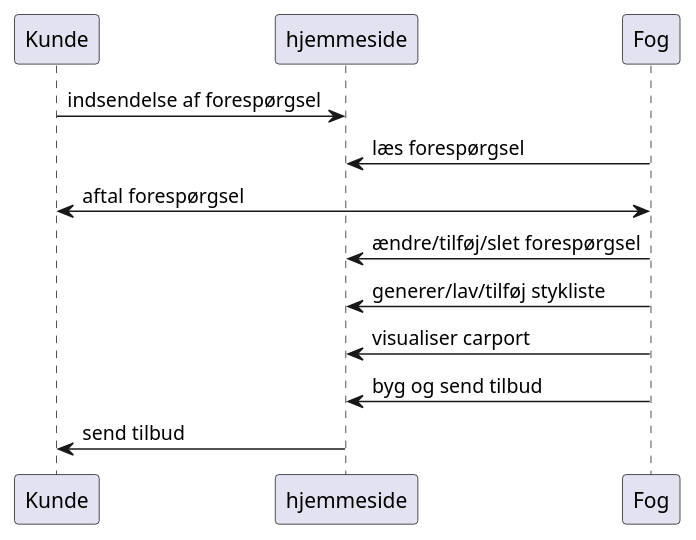
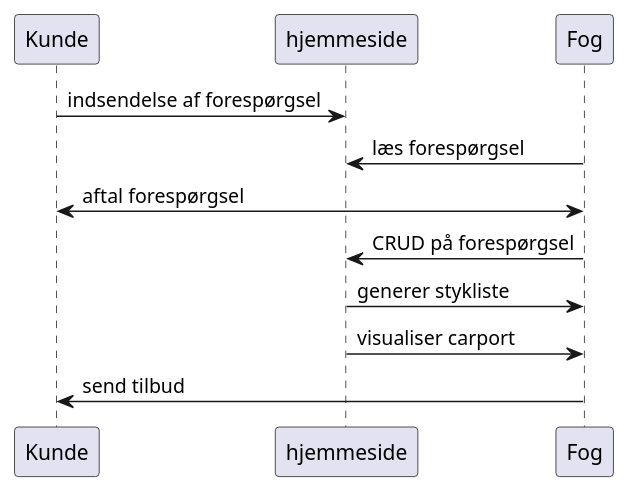
Before and after one commit to stoxhorn/Carport: the diagram in Diagrams/businessprocess.puml, drawn with PlantUML. The commit also changed 5 other files, not shown here.

```diff
--- a/Diagrams/businessprocess.puml
+++ b/Diagrams/businessprocess.puml
@@ -1,13 +1,12 @@
 @startuml
 
 Kunde -> hjemmeside : indsendelse af forespørgsel
 Fog -> hjemmeside : læs forespørgsel
 Fog <-> Kunde : aftal forespørgsel
-Fog -> hjemmeside : ændre/tilføj/slet forespørgsel
-Fog -> hjemmeside : generer/lav/tilføj stykliste
-Fog -> hjemmeside : visualiser carport
-Fog -> hjemmeside : byg og send tilbud
-hjemmeside -> Kunde: send tilbud
+Fog -> hjemmeside : CRUD på forespørgsel
+Fog <- hjemmeside : generer stykliste
+Fog <- hjemmeside : visualiser carport
+Fog -> Kunde: send tilbud
 
 
 @enduml
```
